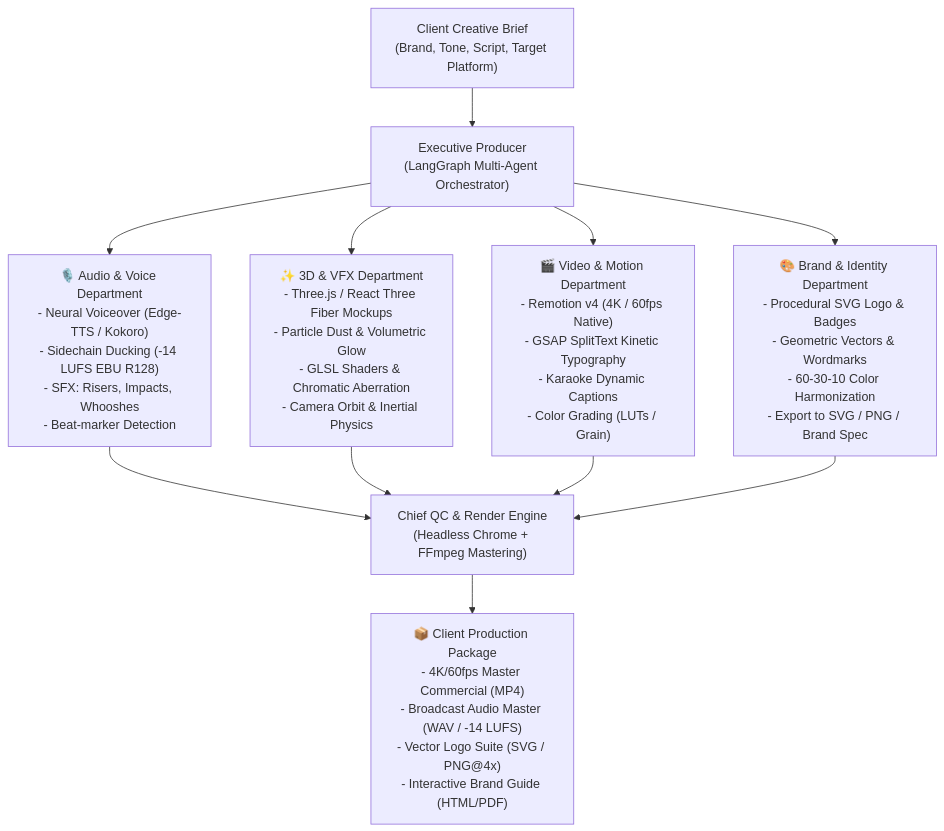
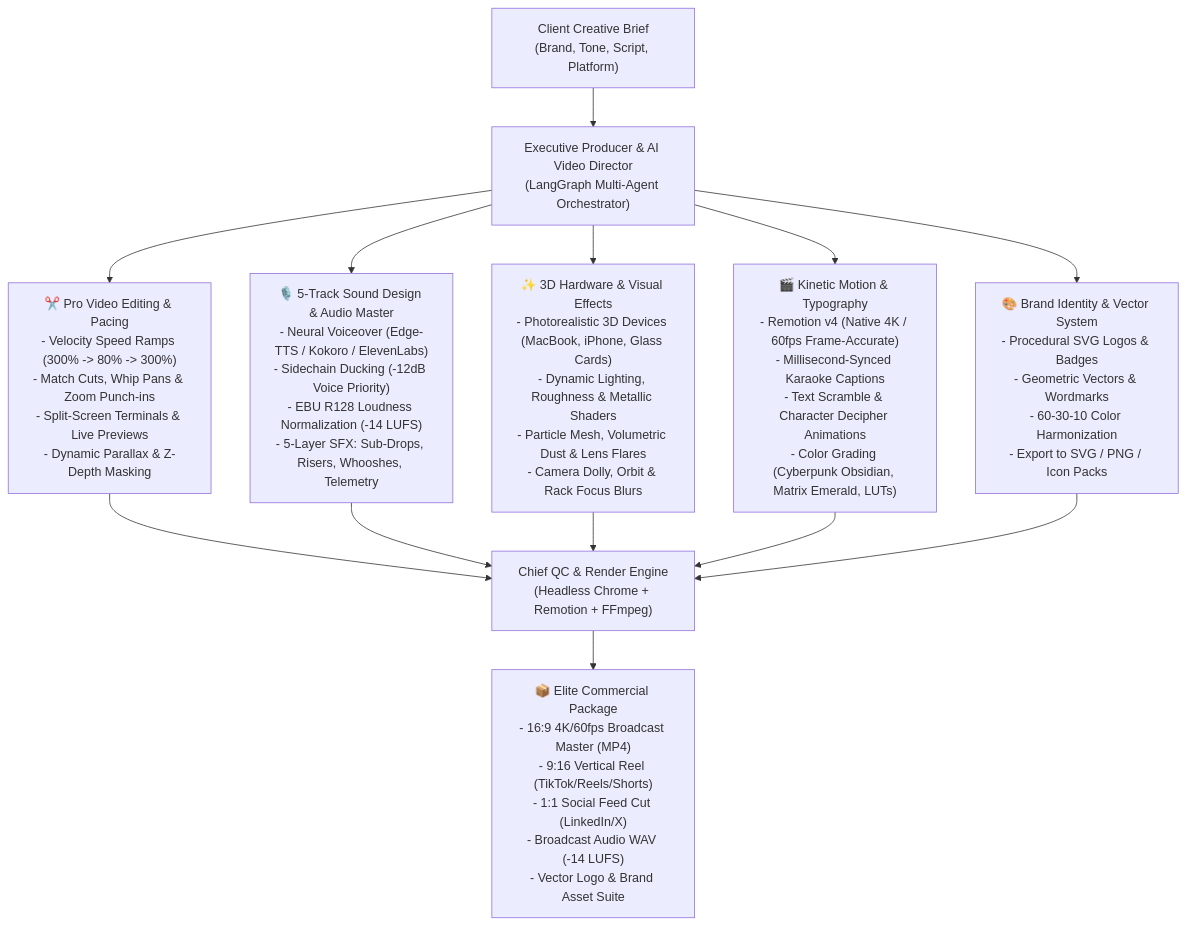
Before and after one commit to josuva777/universal-agency-pipeline: the diagram in skills/creative-studio/SKILL.md, drawn with Mermaid. The commit also changed other lines of this file and 36 other files, not shown here.

Commit message:
feat(pipeline): release Universal Agency Pipeline v2.0 with 25 enterprise guardrails, 4 new skills, monorepo template, and pro creative studio

````diff
--- a/skills/creative-studio/SKILL.md
+++ b/skills/creative-studio/SKILL.md
@@ -18,19 +18,22 @@
 ```mermaid
 flowchart TD
-    BRIEF["Client Creative Brief\n(Brand, Tone, Script, Target Platform)"] --> PRODUCER["Executive Producer\n(LangGraph Multi-Agent Orchestrator)"]
+    BRIEF["Client Creative Brief\n(Brand, Tone, Script, Platform)"] --> PRODUCER["Executive Producer & AI Video Director\n(LangGraph Multi-Agent Orchestrator)"]
     
-    PRODUCER --> AUDIO["🎙️ Audio & Voice Department\n- Neural Voiceover (Edge-TTS / Kokoro)\n- Sidechain Ducking (-14 LUFS EBU R128)\n- SFX: Risers, Impacts, Whooshes\n- Beat-marker Detection"]
+    PRODUCER --> EDITING["✂️ Pro Video Editing & Pacing\n- Velocity Speed Ramps (300% -> 80% -> 300%)\n- Match Cuts, Whip Pans & Zoom Punch-ins\n- Split-Screen Terminals & Live Previews\n- Dynamic Parallax & Z-Depth Masking"]
     
-    PRODUCER --> VFX3D["✨ 3D & VFX Department\n- Three.js / React Three Fiber Mockups\n- Particle Dust & Volumetric Glow\n- GLSL Shaders & Chromatic Aberration\n- Camera Orbit & Inertial Physics"]
+    PRODUCER --> AUDIO["🎙️ 5-Track Sound Design & Audio Master\n- Neural Voiceover (Edge-TTS / Kokoro / ElevenLabs)\n- Sidechain Ducking (-12dB Voice Priority)\n- EBU R128 Loudness Normalization (-14 LUFS)\n- 5-Layer SFX: Sub-Drops, Risers, Whooshes, Telemetry"]
     
-    PRODUCER --> MOTION["🎬 Video & Motion Department\n- Remotion v4 (4K / 60fps Native)\n- GSAP SplitText Kinetic Typography\n- Karaoke Dynamic Captions\n- Color Grading (LUTs / Grain)"]
+    PRODUCER --> VFX3D["✨ 3D Hardware & Visual Effects\n- Photorealistic 3D Devices (MacBook, iPhone, Glass Cards)\n- Dynamic Lighting, Roughness & Metallic Shaders\n- Particle Mesh, Volumetric Dust & Lens Flares\n- Camera Dolly, Orbit & Rack Focus Blurs"]
     
-    PRODUCER --> BRAND["🎨 Brand & Identity Department\n- Procedural SVG Logo & Badges\n- Geometric Vectors & Wordmarks\n- 60-30-10 Color Harmonization\n- Export to SVG / PNG / Brand Spec"]
+    PRODUCER --> MOTION["🎬 Kinetic Motion & Typography\n- Remotion v4 (Native 4K / 60fps Frame-Accurate)\n- Millisecond-Synced Karaoke Captions\n- Text Scramble & Character Decipher Animations\n- Color Grading (Cyberpunk Obsidian, Matrix Emerald, LUTs)"]
     
-    AUDIO --> COMPOSITOR["Chief QC & Render Engine\n(Headless Chrome + FFmpeg Mastering)"]
+    PRODUCER --> BRAND["🎨 Brand Identity & Vector System\n- Procedural SVG Logos & Badges\n- Geometric Vectors & Wordmarks\n- 60-30-10 Color Harmonization\n- Export to SVG / PNG / Icon Packs"]
+    
+    EDITING --> COMPOSITOR["Chief QC & Render Engine\n(Headless Chrome + Remotion + FFmpeg)"]
+    AUDIO --> COMPOSITOR
     VFX3D --> COMPOSITOR
     MOTION --> COMPOSITOR
     BRAND --> COMPOSITOR
     
-    COMPOSITOR --> DELIVERABLES["📦 Client Production Package\n- 4K/60fps Master Commercial (MP4)\n- Broadcast Audio Master (WAV / -14 LUFS)\n- Vector Logo Suite (SVG / PNG@4x)\n- Interactive Brand Guide (HTML/PDF)"]
+    COMPOSITOR --> DELIVERABLES["📦 Elite Commercial Package\n- 16:9 4K/60fps Broadcast Master (MP4)\n- 9:16 Vertical Reel (TikTok/Reels/Shorts)\n- 1:1 Social Feed Cut (LinkedIn/X)\n- Broadcast Audio WAV (-14 LUFS)\n- Vector Logo & Brand Asset Suite"]
 ```
````
